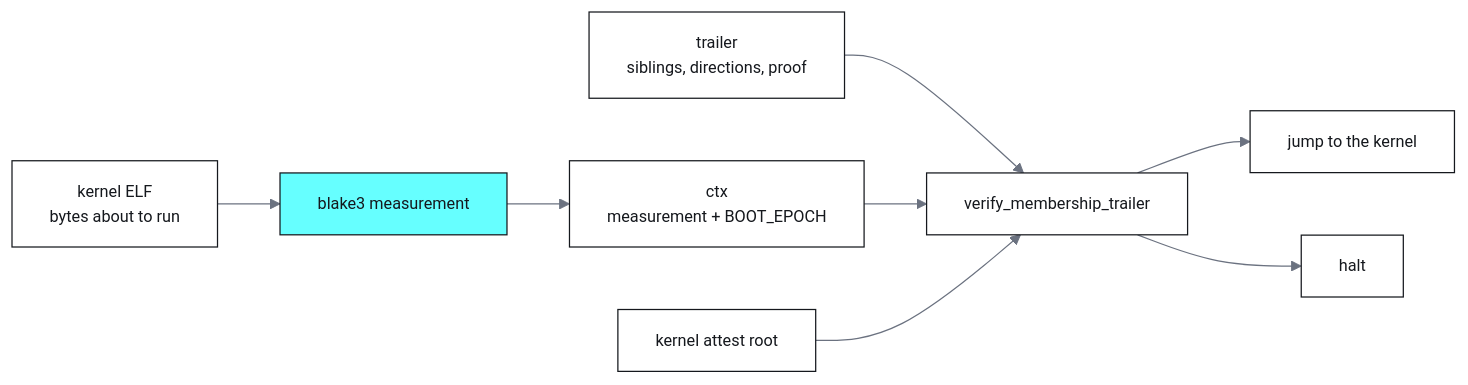
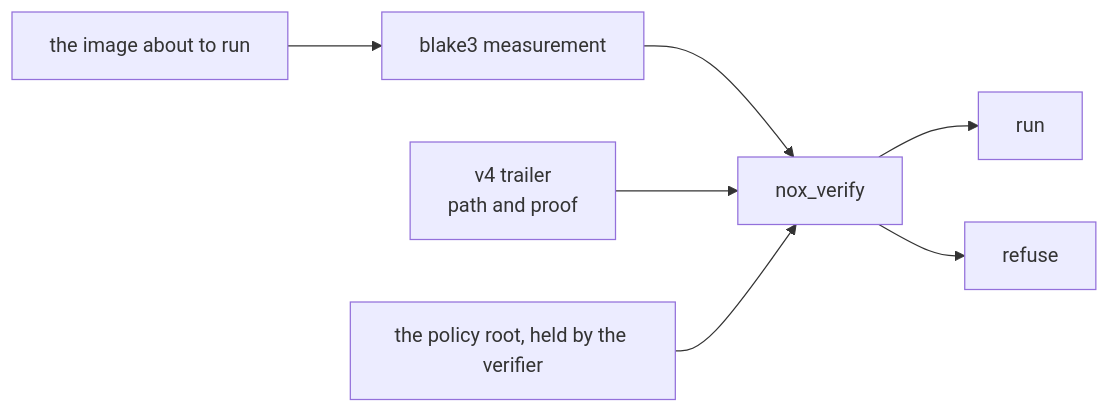
Before and after one commit to NON-OS/microkernel: the fourth of 4 diagrams in README.md, drawn with Mermaid. The commit also changed other lines of this file and 1 other file, not shown here.

````diff
--- a/README.md
+++ b/README.md
@@ -155,12 +145,9 @@
 ```mermaid
-%%{init: {'theme':'base','themeVariables':{'primaryColor':'#ffffff','primaryTextColor':'#15181d','primaryBorderColor':'#15181d','lineColor':'#6b7280','fontFamily':'ui-monospace, SFMono-Regular, Menlo, monospace','fontSize':'13px','noteBkgColor':'#f4f4f4','noteTextColor':'#15181d','noteBorderColor':'#15181d'}}}%%
 flowchart LR
-    img["kernel ELF<br/>bytes about to run"] --> meas["blake3 measurement"]
-    meas --> ctx["ctx<br/>measurement + BOOT_EPOCH"]
-    tr["trailer<br/>siblings, directions, proof"] --> v
-    ctx --> v["verify_membership_trailer"]
-    root["kernel attest root"] --> v
-    v --> ok["jump to the kernel"]
-    v --> no["halt"]
-    style meas fill:#66FFFF,stroke:#15181d
+ img["the image about to run"] --> m["blake3 measurement"]
+ m --> v["nox_verify"]
+ tr["v4 trailer<br/>path and proof"] --> v
+ root["the policy root, held by the verifier"] --> v
+ v --> run["run"]
+ v --> halt["refuse"]
 ```
````
